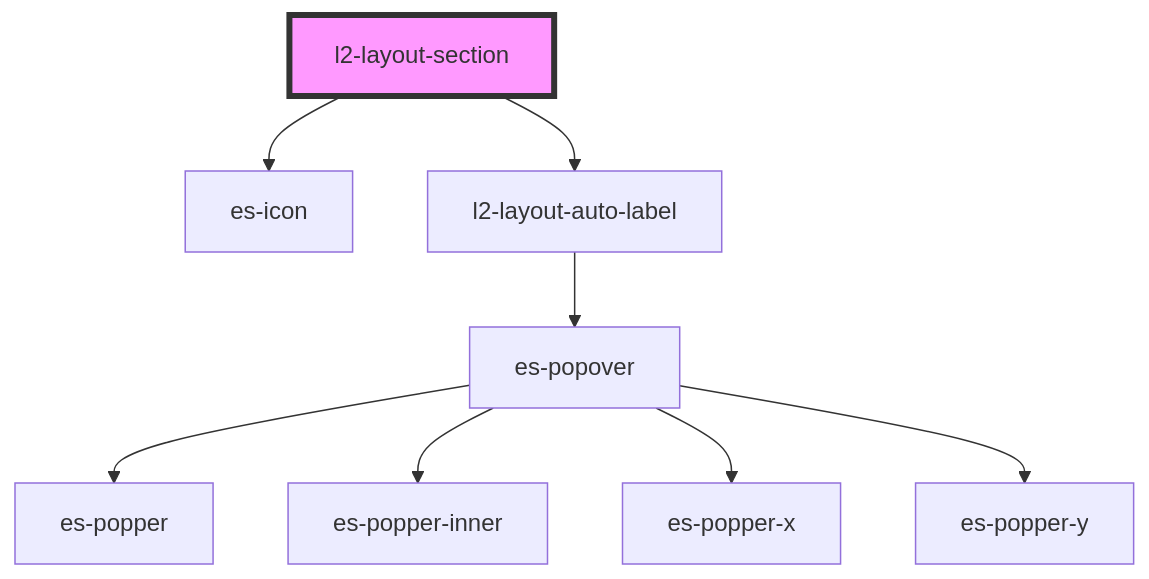
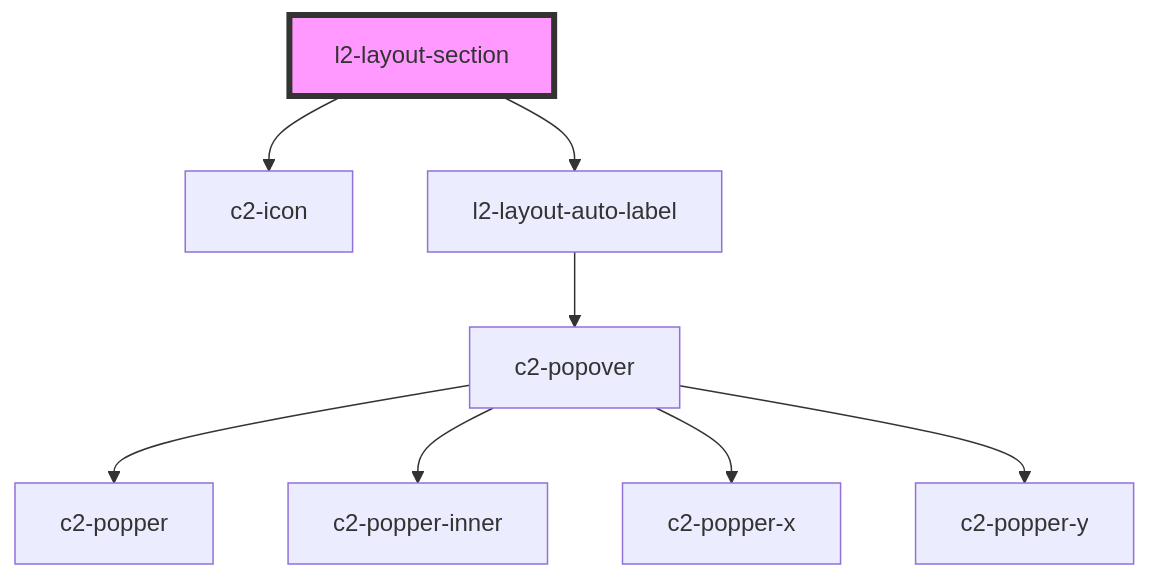
Before and after one commit to EventStore/Design-System: the diagram in packages/layout/src/components/layout-section/readme.md, drawn with Mermaid. The commit also changed other lines of this file and 512 other files, not shown here.

````diff
--- a/packages/layout/src/components/layout-section/readme.md
+++ b/packages/layout/src/components/layout-section/readme.md
@@ -61,11 +61,11 @@
 ```mermaid
 graph TD;
-  l2-layout-section --> es-icon
+  l2-layout-section --> c2-icon
   l2-layout-section --> l2-layout-auto-label
-  l2-layout-auto-label --> es-popover
-  es-popover --> es-popper
-  es-popover --> es-popper-inner
-  es-popover --> es-popper-x
-  es-popover --> es-popper-y
+  l2-layout-auto-label --> c2-popover
+  c2-popover --> c2-popper
+  c2-popover --> c2-popper-inner
+  c2-popover --> c2-popper-x
+  c2-popover --> c2-popper-y
   style l2-layout-section fill:#f9f,stroke:#333,stroke-width:4px
 ```
````
